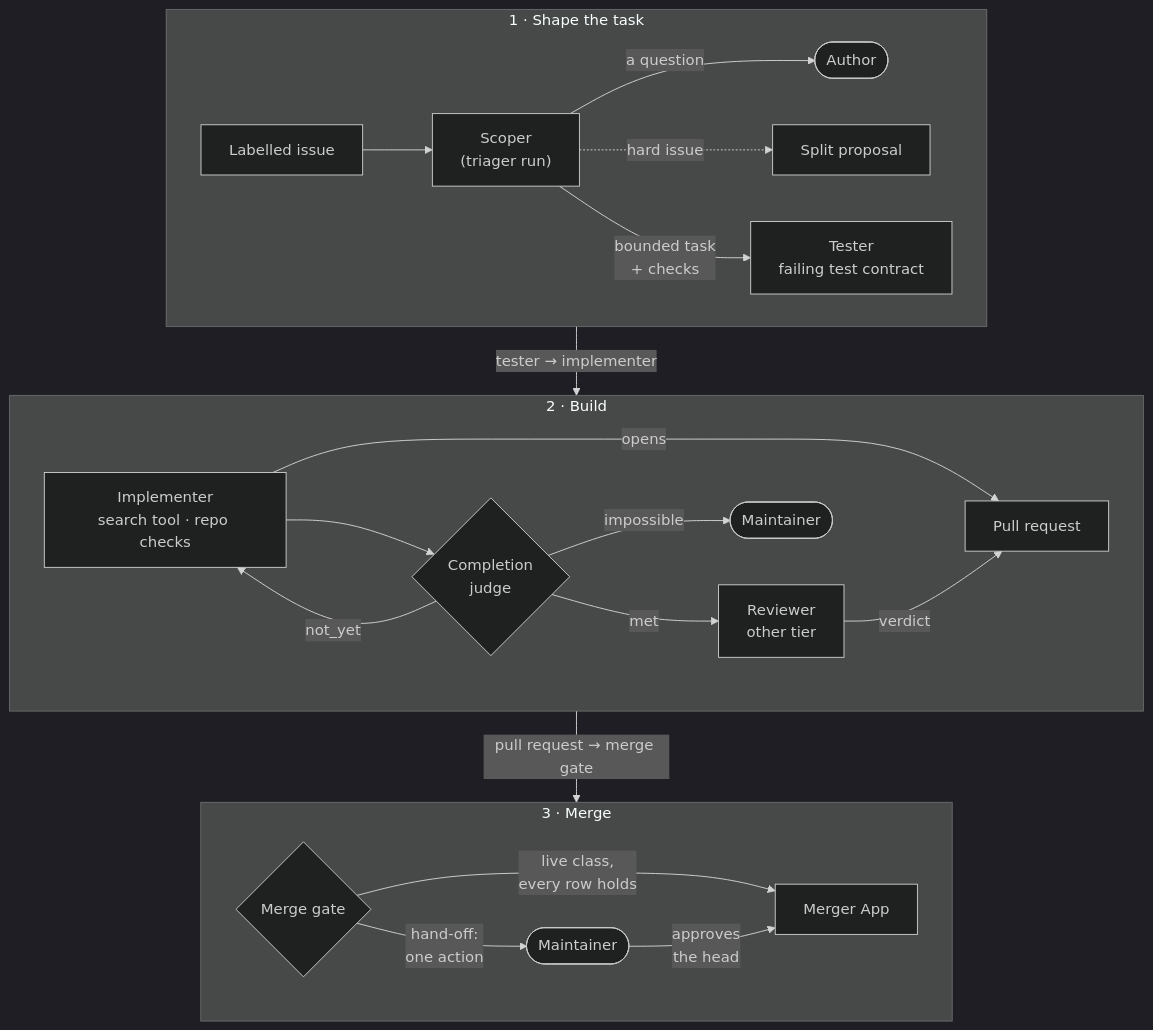
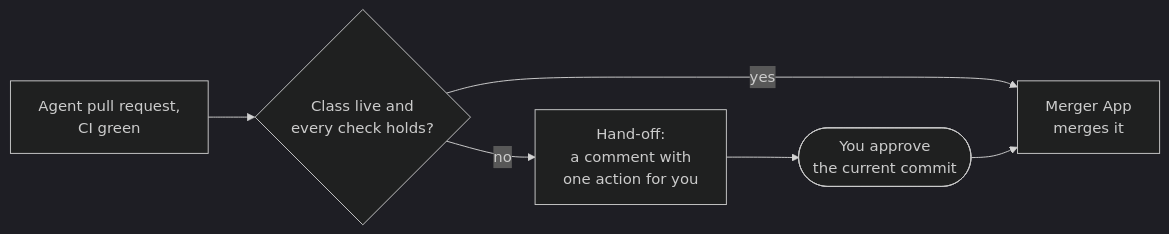
The diagram in website/content/docs/how-it-works/merge-gate.md (Smana/ai-native-ref), drawn with Mermaid (dark theme) before and after one commit. The commit also changed other lines of this file and 12 other files, not shown here.

First line of the commit message:
docs(site): the merge gate in four pages: roles, how it decides, the reasons, running auto-merge safely (#283)

````diff
--- a/website/content/docs/how-it-works/merge-gate.md
+++ b/website/content/docs/how-it-works/merge-gate.md
@@ -34,27 +49,8 @@
 ```mermaid
-flowchart TB
-  subgraph shape["1 · Shape the task"]
-    direction LR
-    issue["Labelled issue"] --> scoper["Scoper<br/>(triager run)"]
-    scoper -->|"a question"| author(["Author"])
-    scoper -.->|"hard issue"| split["Split proposal"]
-    scoper -->|"bounded task<br/>+ checks"| tester["Tester<br/>failing test contract"]
-  end
-  subgraph build["2 · Build"]
-    direction LR
-    impl["Implementer<br/>search tool · repo checks"] --> judge{"Completion<br/>judge"}
-    judge -->|"not_yet"| impl
-    judge -->|"met"| reviewer["Reviewer<br/>other tier"]
-    judge -->|"impossible"| esc(["Maintainer"])
-    impl -->|"opens"| pr["Pull request"]
-    reviewer -->|"verdict"| pr
-  end
-  subgraph merge["3 · Merge"]
-    direction LR
-    gate{"Merge gate"} -->|"live class,<br/>every row holds"| merger["Merger App"]
-    gate -->|"hand-off:<br/>one action"| human(["Maintainer"])
-    human -->|"approves<br/>the head"| merger
-  end
-  shape -->|"tester → implementer"| build
-  build -->|"pull request → merge gate"| merge
+flowchart LR
+  pr["Agent pull request,<br/>CI green"] --> live{"Class live and<br/>every check holds?"}
+  live -->|"yes"| merger["Merger App<br/>merges it"]
+  live -->|"no"| handoff["Hand-off:<br/>a comment with<br/>one action for you"]
+  handoff --> you(["You approve<br/>the current commit"])
+  you --> merger
 ```
````
